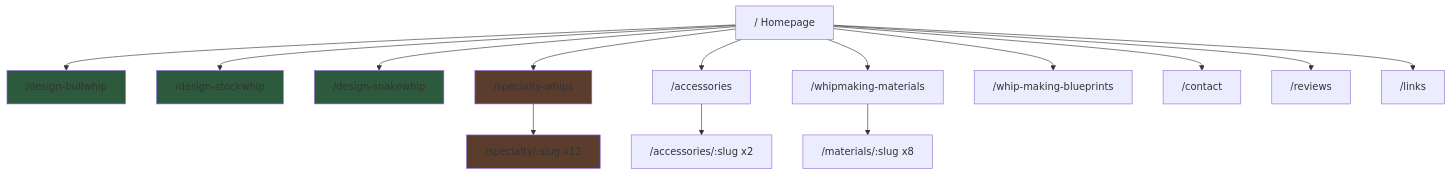
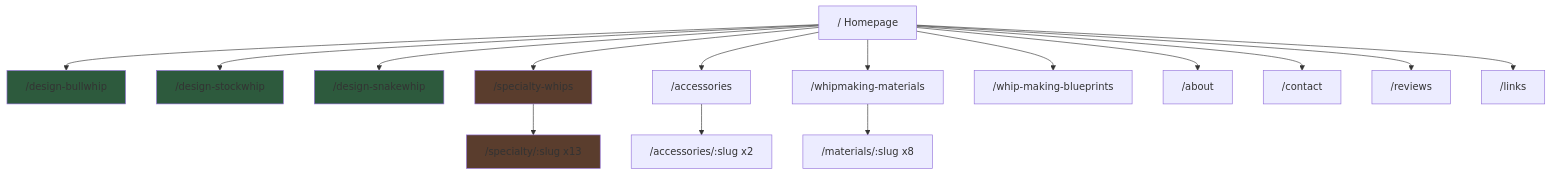
The first of 7 diagrams in architecture.md (atfieldson/whipworks.com), drawn with Mermaid before and after one commit. The commit also changed other lines of this file and 1 other file, not shown here.

First line of the commit message:
docs: update project plan and architecture for Blacksmith's Bullwhip

````diff
--- a/architecture.md
+++ b/architecture.md
@@ -8,23 +8,24 @@
 ```mermaid
 graph TD
     HOME["/  Homepage"] --> DESIGN_BW["/design-bullwhip"]
     HOME --> DESIGN_SW["/design-stockwhip"]
     HOME --> DESIGN_SN["/design-snakewhip"]
     HOME --> SPECIALTY["/specialty-whips"]
     HOME --> ACCESSORIES["/accessories"]
     HOME --> MATERIALS["/whipmaking-materials"]
     HOME --> BLUEPRINTS["/whip-making-blueprints"]
+    HOME --> ABOUT["/about"]
     HOME --> CONTACT["/contact"]
     HOME --> REVIEWS["/reviews"]
     HOME --> LINKS["/links"]
 
-    SPECIALTY --> SPEC_DETAIL["/specialty/:slug  x12"]
+    SPECIALTY --> SPEC_DETAIL["/specialty/:slug  x13"]
     ACCESSORIES --> ACC_DETAIL["/accessories/:slug  x2"]
     MATERIALS --> MAT_DETAIL["/materials/:slug  x8"]
 
     style DESIGN_BW fill:#2d5a3d
     style DESIGN_SW fill:#2d5a3d
     style DESIGN_SN fill:#2d5a3d
     style SPECIALTY fill:#5a3d2d
     style SPEC_DETAIL fill:#5a3d2d
 ```
````
